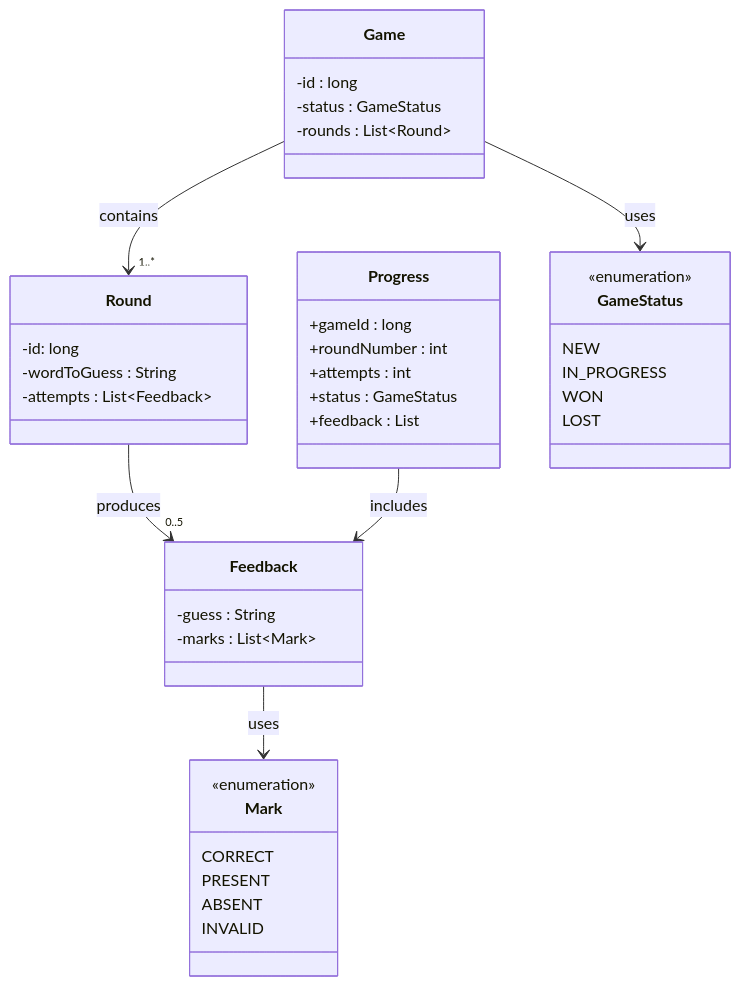
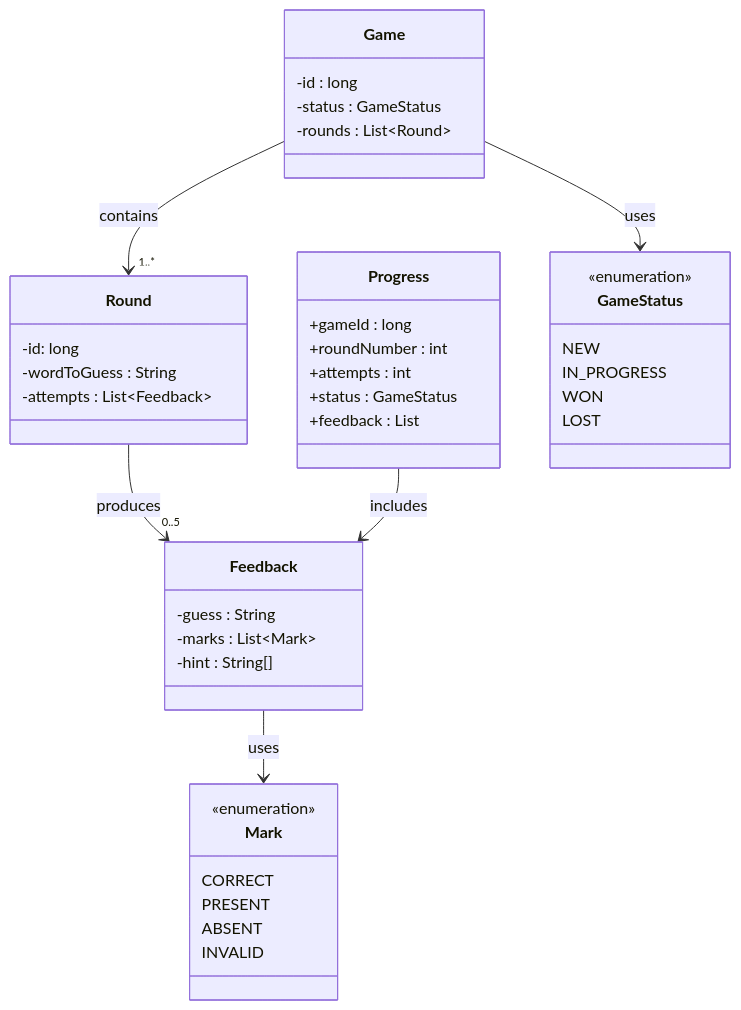
Before and after one commit to jelle-de-jong-hu/GitHubPages: the diagram in docs/backend/01-klasse-diagram.md, drawn with Mermaid. The commit also changed 6 other files, not shown here.

````diff
--- a/docs/backend/01-klasse-diagram.md
+++ b/docs/backend/01-klasse-diagram.md
@@ -5,51 +5,52 @@
 ```mermaid
 classDiagram
     class Game {
         -id : long
         -status : GameStatus
         -rounds : List~Round~
     }
 
     class Round {
         -id: long 
         -wordToGuess : String
         -attempts : List~Feedback~
         
     }
 
     class Feedback {
         -guess : String
         -marks : List~Mark~
+        -hint : String[]
     }
 
     class Progress {
         +gameId : long
         +roundNumber : int
         +attempts : int
         +status : GameStatus
         +feedback : List<Feedback>
     }
 
     class GameStatus {
         <<enumeration>>
         NEW
         IN_PROGRESS
         WON
         LOST
     }
 
     class Mark {
         <<enumeration>>
         CORRECT
         PRESENT
         ABSENT
         INVALID
     }
 
 %% Relationships
     Game --> "1..*" Round : contains
     Round --> "0..5" Feedback : produces
     Progress --> Feedback : includes
     Game --> GameStatus : uses
     Feedback --> Mark : uses
 ```
````
